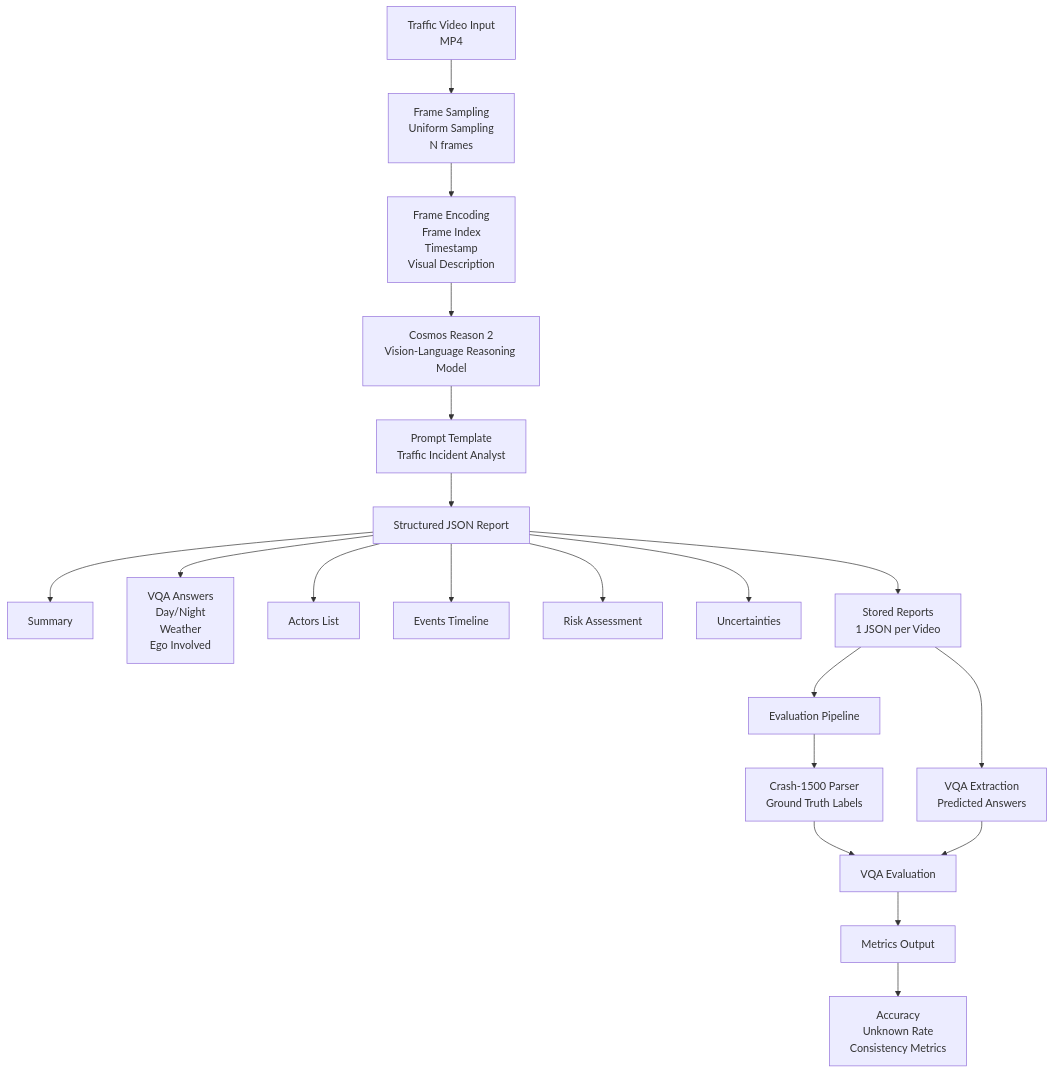
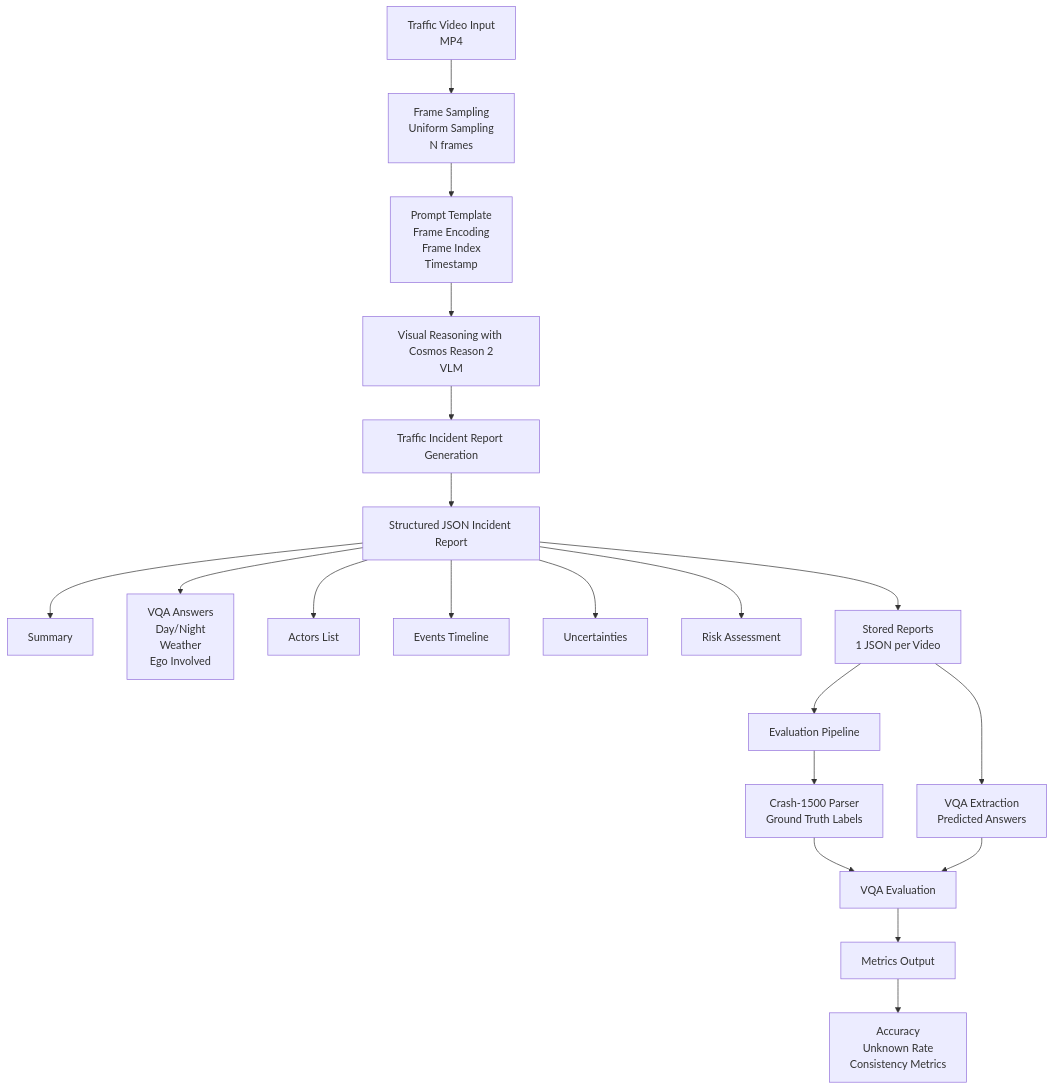
The diagram in README.md (aamun/cosmos-reason-trie-ai), drawn with Mermaid before and after one commit. The commit also changed 1 other file, not shown here.

Commit message:
Update diagram

````diff
--- a/README.md
+++ b/README.md
@@ -50,24 +50,24 @@
 ```mermaid
 flowchart TD
 
 A[Traffic Video Input <br> MP4] --> B[Frame Sampling<br>Uniform Sampling<br>N frames]
-B --> C[Frame Encoding<br>Frame Index<br>Timestamp<br>Visual Description]
-C --> D[Cosmos Reason 2<br>Vision-Language Reasoning Model]
-D --> E[Prompt Template<br>Traffic Incident Analyst]
-E --> F[Structured JSON Report]
+B --> C[Prompt Template<br>Frame Encoding<br>Frame Index<br>Timestamp]
+C --> D[Visual Reasoning with Cosmos Reason 2<br>VLM]
+D --> E[Traffic Incident Report Generation]
+E --> F[Structured JSON Incident Report]
 
 F --> G1[Summary]
 F --> G2[VQA Answers<br>Day/Night<br>Weather<br>Ego Involved]
 F --> G3[Actors List]
 F --> G4[Events Timeline]
-F --> G5[Risk Assessment]
-F --> G6[Uncertainties]
+F --> G5[Uncertainties]
+F --> G6[Risk Assessment]
 F --> H[Stored Reports<br>1 JSON per Video]
 H --> I[Evaluation Pipeline]
 I --> J[Crash-1500 Parser<br>Ground Truth Labels]
 H --> K[VQA Extraction<br>Predicted Answers]
 J --> L[VQA Evaluation]
 K --> L
 L --> M[Metrics Output]
 M --> N[Accuracy<br>Unknown Rate<br>Consistency Metrics]
 ```
````
